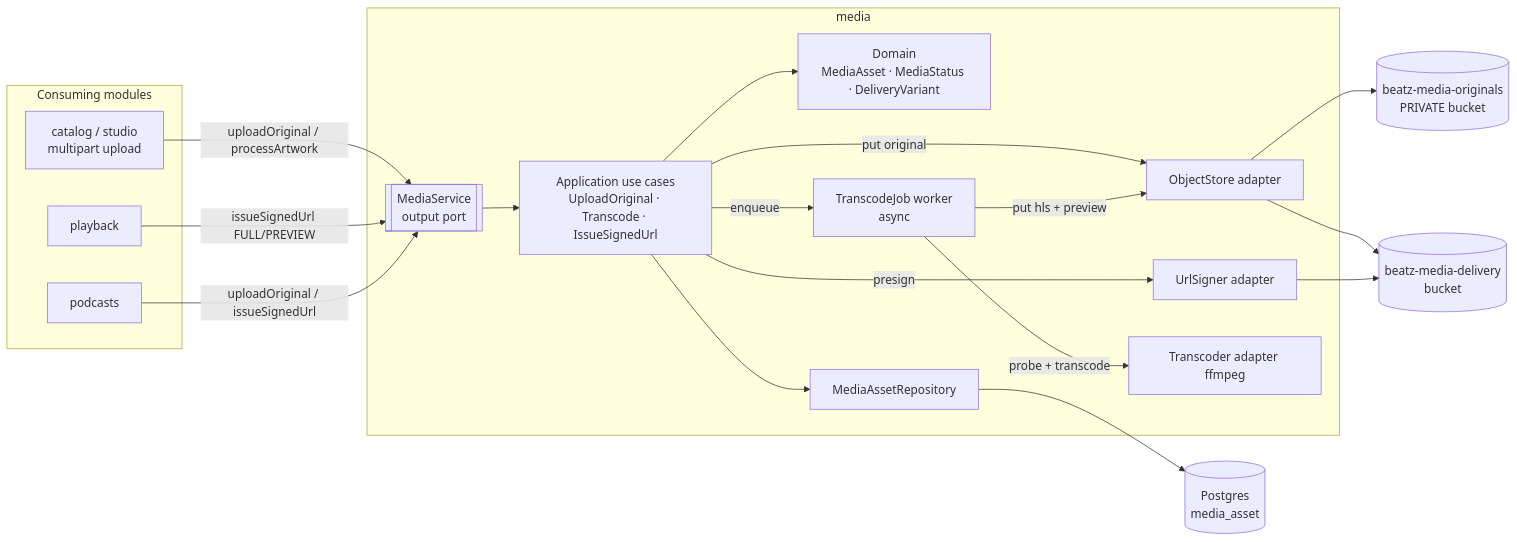
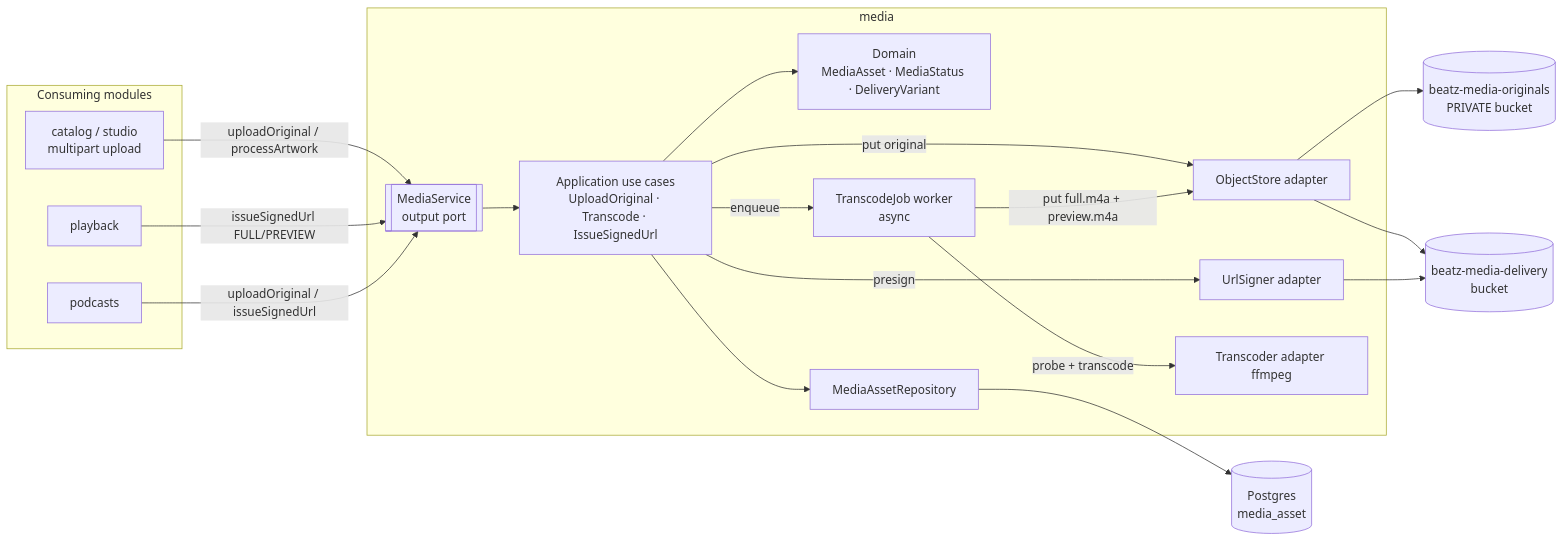
One commit to Shakvilla/beatzmedia changed the first of 5 diagrams in backend/docs/architecture/media.md. Above: the diagram before and after it, drawn with Mermaid. The commit also changed other lines of this file and 54 other files, not shown here.

````diff
--- a/backend/docs/architecture/media.md
+++ b/backend/docs/architecture/media.md
@@ -27,31 +28,31 @@
 ```mermaid
 flowchart LR
   subgraph callers[Consuming modules]
     CAT[catalog / studio<br/>multipart upload]
     PLY[playback]
     POD[podcasts]
   end
   subgraph module[media]
     PORT[[MediaService<br/>output port]]
     APP[Application use cases<br/>UploadOriginal · Transcode · IssueSignedUrl]
     DOM[Domain<br/>MediaAsset · MediaStatus · DeliveryVariant]
     OUTS[ObjectStore adapter]
     OUTSIGN[UrlSigner adapter]
     OUTFF[Transcoder adapter ffmpeg]
     JOB[TranscodeJob worker<br/>async]
     REPO[MediaAssetRepository]
   end
   CAT -->|uploadOriginal / processArtwork| PORT
   PLY -->|issueSignedUrl FULL/PREVIEW| PORT
   POD -->|uploadOriginal / issueSignedUrl| PORT
   PORT --> APP --> DOM
   APP --> REPO --> DB[(Postgres<br/>media_asset)]
   APP -->|put original| OUTS
   APP -->|enqueue| JOB
   JOB -->|probe + transcode| OUTFF
-  JOB -->|put hls + preview| OUTS
+  JOB -->|put full.m4a + preview.m4a| OUTS
   APP -->|presign| OUTSIGN
   OUTS --> ORIG[(beatz-media-originals<br/>PRIVATE bucket)]
   OUTS --> DELV[(beatz-media-delivery<br/>bucket)]
   OUTSIGN --> DELV
 ```
````
